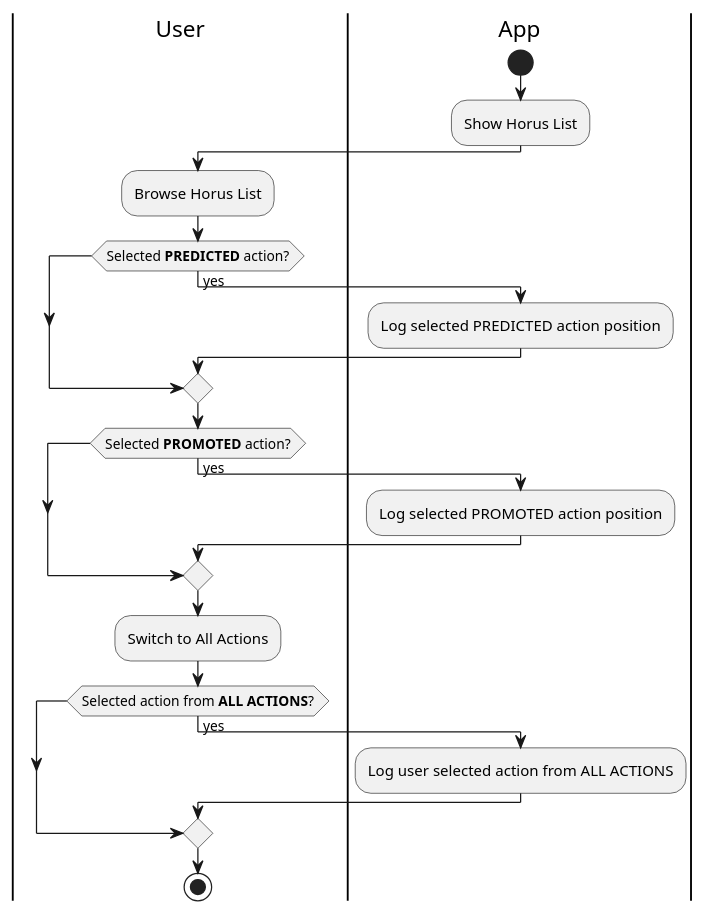
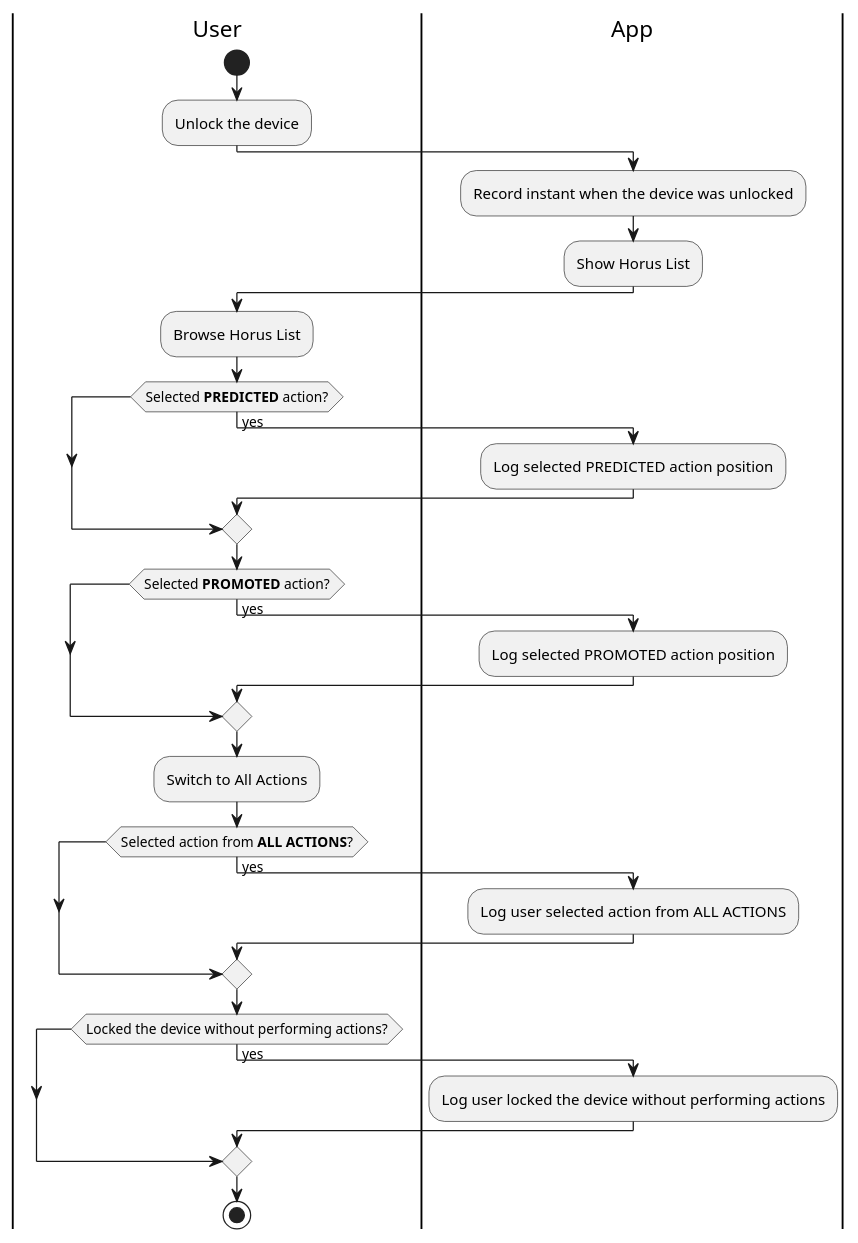
The diagram in Architecture/07.MSYP#43.measure-system-performance/MPAA#70.activity.plantuml (ovidiomanteiga/horuslauncher), drawn with PlantUML before and after one commit. The commit also changed 1 other file, not shown here.

Commit message:
MSYP #43 > MPAA #70 > DDD #73: Class diagram for measuring performance Also retouched activity diagram.

```diff
--- a/Architecture/07.MSYP#43.measure-system-performance/MPAA#70.activity.plantuml
+++ b/Architecture/07.MSYP#43.measure-system-performance/MPAA#70.activity.plantuml
@@ -2,34 +2,43 @@
 @startuml MPAA#70.activity
 
 skinparam monochrome true
 skinparam defaultTextAlignment center
 
 |User|
+start
+:Unlock the device;
+
 |App|
-start
+:Record instant when the device was unlocked;
 :Show Horus List;
 
 |User|
 :Browse Horus List;
 if (Selected **PREDICTED** action?) then (yes)
     |App|
     :Log selected PREDICTED action position;
 endif
 
 |User|
 if (Selected **PROMOTED** action?) then (yes)
     |App|
     :Log selected PROMOTED action position;
 endif
 
 |User|
 :Switch to All Actions;
 if (Selected action from **ALL ACTIONS**?) then (yes)
     |App|
     :Log user selected action from ALL ACTIONS;
 endif
 
 |User|
+if (Locked the device without performing actions?) then (yes)
+    |App|
+    :Log user locked the device without performing actions;
+endif
+
+|User|
 stop
 
 @enduml
```
